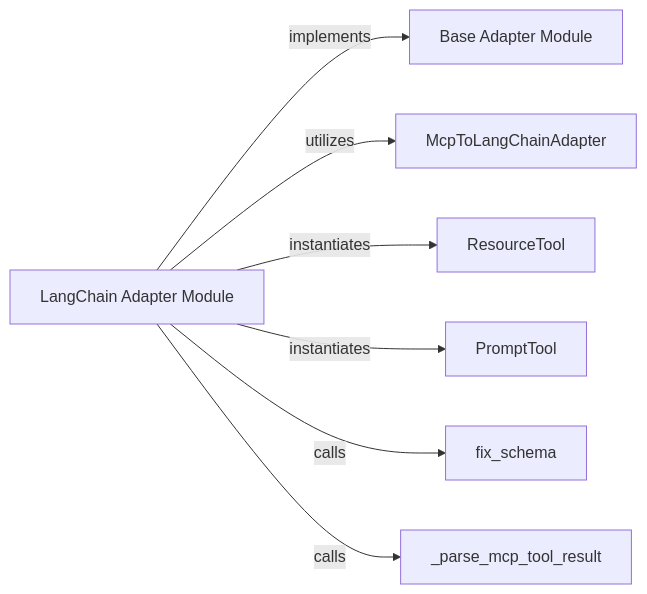
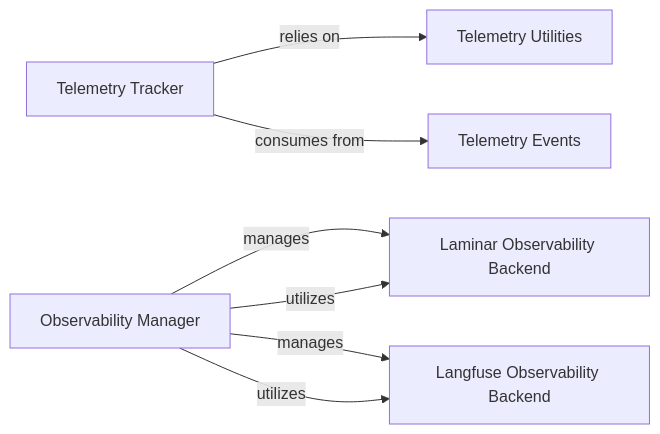
Before and after one commit to mcp-use/mcp-use: the fifth of 8 diagrams in docs/development/architecture.mdx, drawn with Mermaid. The commit also changed other lines of this file and 30 other files, not shown here.

First line of the commit message:
docs: update codeboarding documentation and generate architecture

````diff
--- a/docs/development/architecture.mdx
+++ b/docs/development/architecture.mdx
@@ -348,16 +255,15 @@
 ```mermaid
 graph LR
-    Base_Adapter_Module["Base Adapter Module"]
-    LangChain_Adapter_Module["LangChain Adapter Module"]
-    McpToLangChainAdapter["McpToLangChainAdapter"]
-    ResourceTool["ResourceTool"]
-    PromptTool["PromptTool"]
-    fix_schema["fix_schema"]
-    _parse_mcp_tool_result["_parse_mcp_tool_result"]
-    LangChain_Adapter_Module -- "implements" --> Base_Adapter_Module
-    LangChain_Adapter_Module -- "utilizes" --> McpToLangChainAdapter
-    LangChain_Adapter_Module -- "instantiates" --> ResourceTool
-    LangChain_Adapter_Module -- "instantiates" --> PromptTool
-    LangChain_Adapter_Module -- "calls" --> fix_schema
-    LangChain_Adapter_Module -- "calls" --> _parse_mcp_tool_result
+    Telemetry_Tracker["Telemetry Tracker"]
+    Telemetry_Events["Telemetry Events"]
+    Telemetry_Utilities["Telemetry Utilities"]
+    Observability_Manager["Observability Manager"]
+    Laminar_Observability_Backend["Laminar Observability Backend"]
+    Langfuse_Observability_Backend["Langfuse Observability Backend"]
+    Telemetry_Tracker -- "relies on" --> Telemetry_Utilities
+    Telemetry_Tracker -- "consumes from" --> Telemetry_Events
+    Observability_Manager -- "manages" --> Laminar_Observability_Backend
+    Observability_Manager -- "manages" --> Langfuse_Observability_Backend
+    Observability_Manager -- "utilizes" --> Laminar_Observability_Backend
+    Observability_Manager -- "utilizes" --> Langfuse_Observability_Backend
 ```
````
